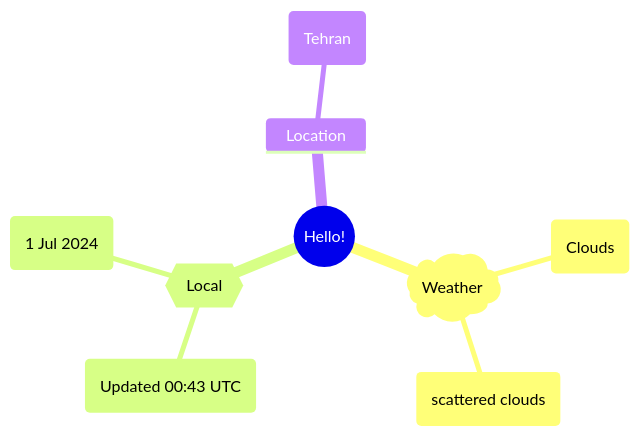
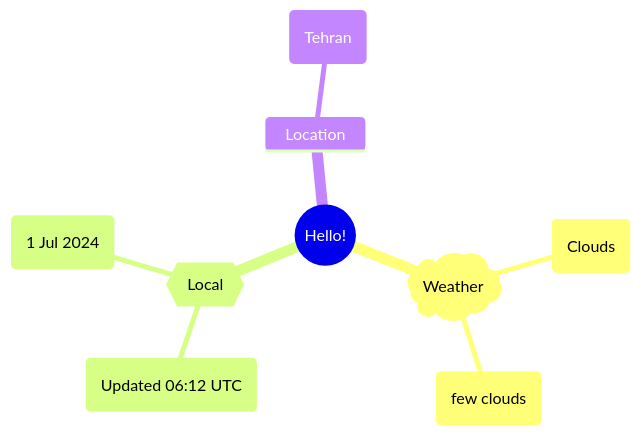
Before and after one commit to Xosrov/Xosrov: the first of 2 diagrams in README.md, drawn with Mermaid.

Commit message:
[bot] updated images

````diff
--- a/README.md
+++ b/README.md
@@ -3,12 +3,12 @@
 ```mermaid
 mindmap
   root((Hello!))
     )Weather(
         (Clouds)
-        (scattered clouds)
+        (few clouds)
     {{Local}}
-        (Updated 00:43 UTC)
+        (Updated 06:12 UTC)
         (1 Jul 2024)
     Location
         (Tehran)
 ```
````
